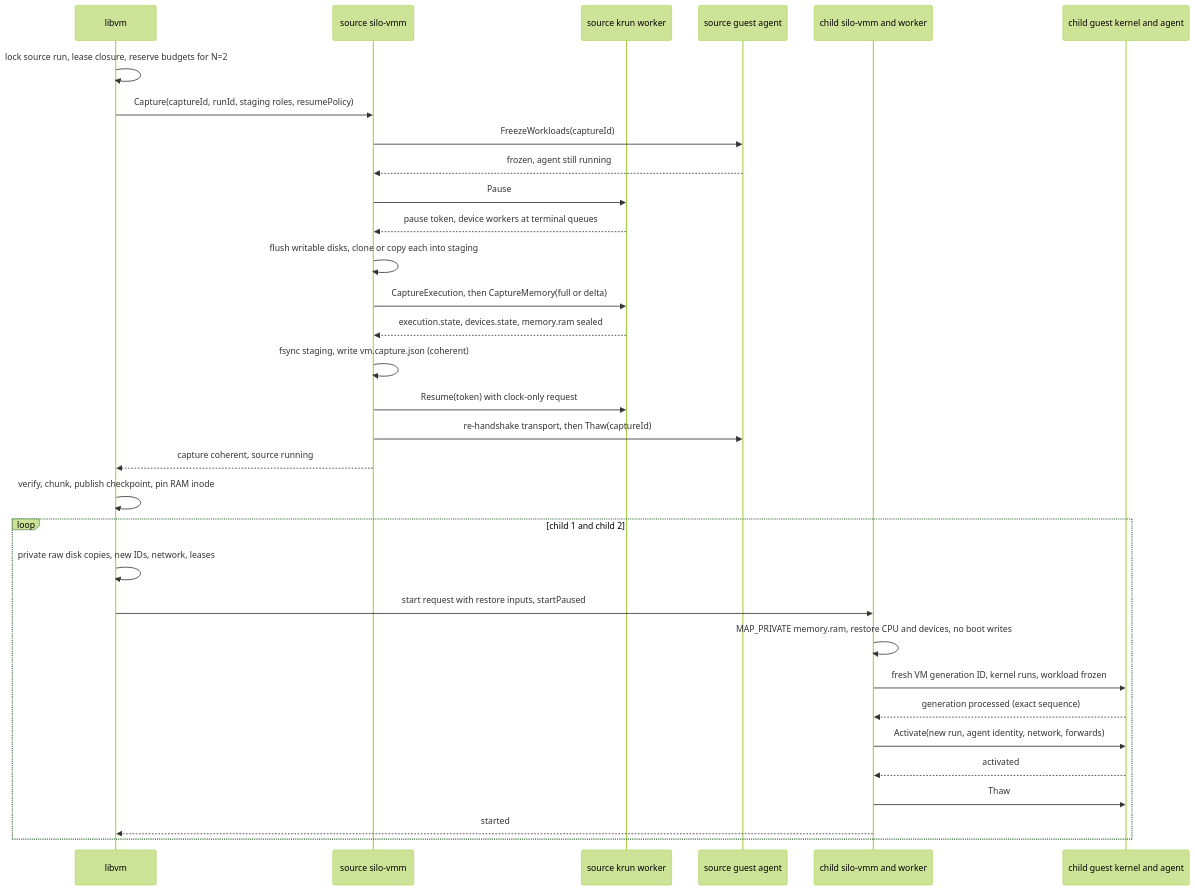
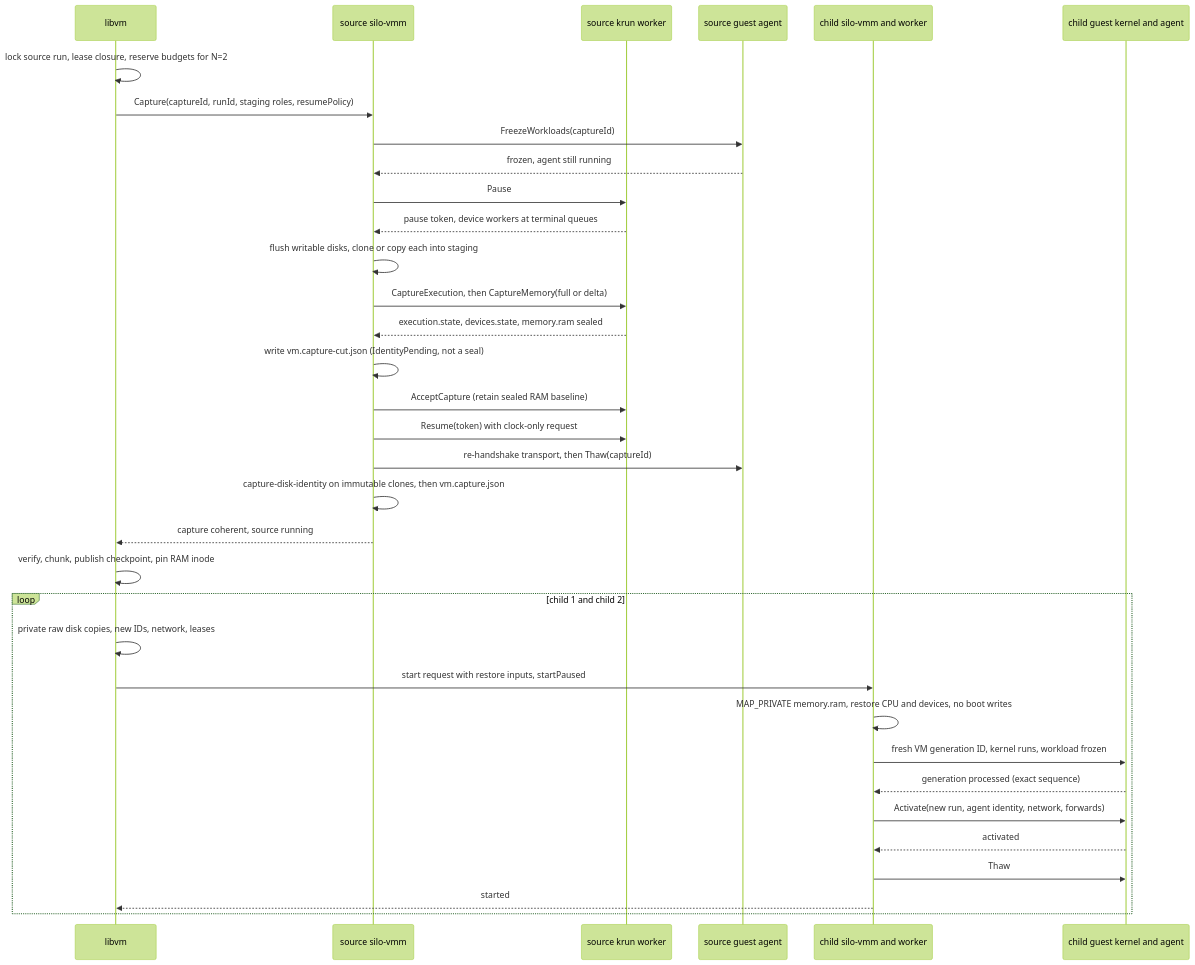
Before and after one commit to vandycknick/silo: the diagram in docs/adr/0021-live-snapshots-and-forks.md, drawn with Mermaid (forest theme). The commit also changed other lines of this file and 4 other files, not shown here.

Commit message:
docs(adr): deferred disk identity and touched-only RAM capture

````diff
--- a/docs/adr/0021-live-snapshots-and-forks.md
+++ b/docs/adr/0021-live-snapshots-and-forks.md
@@ -135,34 +142,36 @@
 ```mermaid
 sequenceDiagram
     participant L as libvm
     participant S as source silo-vmm
     participant W as source krun worker
     participant G as source guest agent
     participant C as child silo-vmm and worker
     participant A as child guest kernel and agent
     L->>L: lock source run, lease closure, reserve budgets for N=2
     L->>S: Capture(captureId, runId, staging roles, resumePolicy)
     S->>G: FreezeWorkloads(captureId)
     G-->>S: frozen, agent still running
     S->>W: Pause
     W-->>S: pause token, device workers at terminal queues
     S->>S: flush writable disks, clone or copy each into staging
     S->>W: CaptureExecution, then CaptureMemory(full or delta)
     W-->>S: execution.state, devices.state, memory.ram sealed
-    S->>S: fsync staging, write vm.capture.json (coherent)
+    S->>S: write vm.capture-cut.json (IdentityPending, not a seal)
+    S->>W: AcceptCapture (retain sealed RAM baseline)
     S->>W: Resume(token) with clock-only request
     S->>G: re-handshake transport, then Thaw(captureId)
+    S->>S: capture-disk-identity on immutable clones, then vm.capture.json
     S-->>L: capture coherent, source running
     L->>L: verify, chunk, publish checkpoint, pin RAM inode
     loop child 1 and child 2
         L->>L: private raw disk copies, new IDs, network, leases
         L->>C: start request with restore inputs, startPaused
         C->>C: MAP_PRIVATE memory.ram, restore CPU and devices, no boot writes
         C->>A: fresh VM generation ID, kernel runs, workload frozen
         A-->>C: generation processed (exact sequence)
         C->>A: Activate(new run, agent identity, network, forwards)
         A-->>C: activated
         C->>A: Thaw
         C-->>L: started
     end
 ```
````
